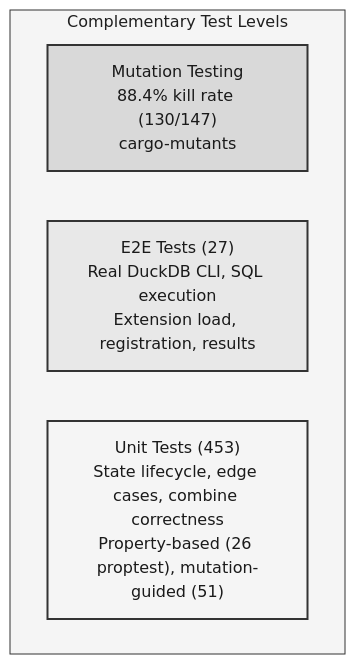
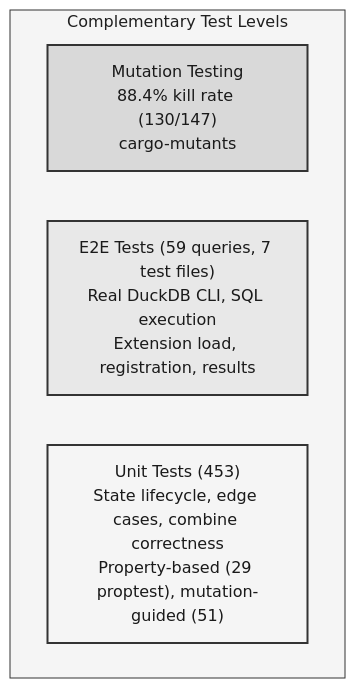
One commit to tomtom215/duckdb-behavioral changed the second of 4 diagrams in docs/src/engineering.md. Above: the diagram before and after it, drawn with Mermaid. The commit also changed other lines of this file and 10 other files, not shown here.

````diff
--- a/docs/src/engineering.md
+++ b/docs/src/engineering.md
@@ -149,13 +148,13 @@
 ```mermaid
 %%{init: {'theme': 'base', 'themeVariables': {'primaryColor': '#ffffff', 'primaryTextColor': '#1a1a1a', 'primaryBorderColor': '#333333', 'lineColor': '#333333', 'secondaryColor': '#f5f5f5', 'tertiaryColor': '#e0e0e0', 'textColor': '#1a1a1a', 'clusterBkg': '#f5f5f5', 'clusterBorder': '#333333'}}}%%
 graph TB
     subgraph "Complementary Test Levels"
         L3["Mutation Testing<br/>88.4% kill rate (130/147)<br/>cargo-mutants"]
-        L2["E2E Tests (27)<br/>Real DuckDB CLI, SQL execution<br/>Extension load, registration, results"]
-        L1["Unit Tests (453)<br/>State lifecycle, edge cases, combine correctness<br/>Property-based (26 proptest), mutation-guided (51)"]
+        L2["E2E Tests (59 queries, 7 test files)<br/>Real DuckDB CLI, SQL execution<br/>Extension load, registration, results"]
+        L1["Unit Tests (453)<br/>State lifecycle, edge cases, combine correctness<br/>Property-based (29 proptest), mutation-guided (51)"]
     end
 
     style L1 fill:#f5f5f5,stroke:#333333,stroke-width:2px,color:#1a1a1a
     style L2 fill:#e8e8e8,stroke:#333333,stroke-width:2px,color:#1a1a1a
     style L3 fill:#d9d9d9,stroke:#333333,stroke-width:2px,color:#1a1a1a
 ```
````
